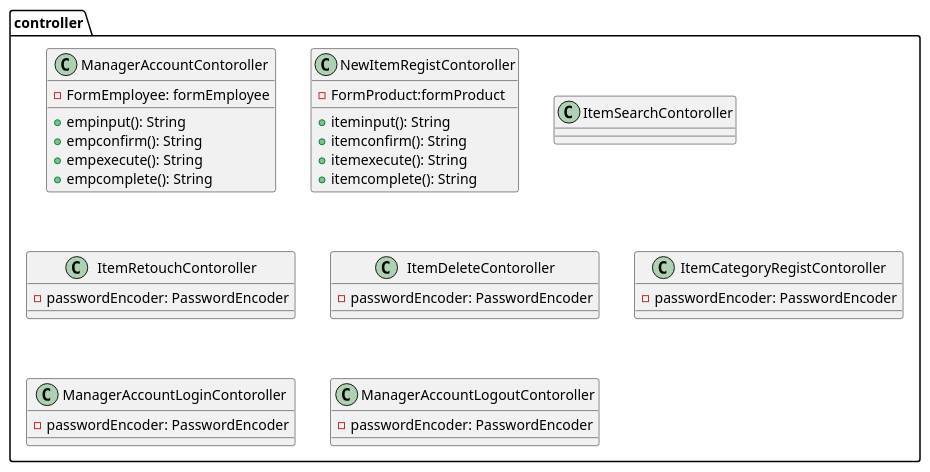
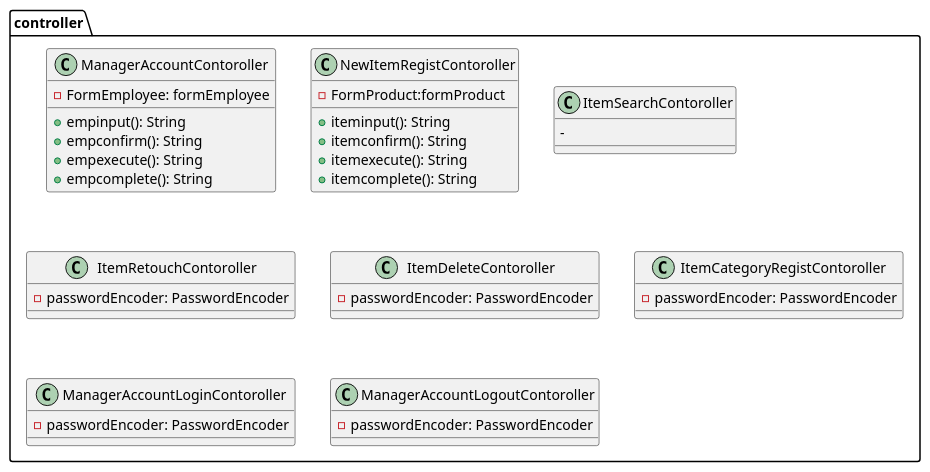
One commit to kanavii3333/ec-b changed the diagram in plan/uml/class/controller.plantuml. Above: the diagram before and after it, drawn with PlantUML. The commit also changed 1 other file, not shown here.

Commit message:
plantuml修正

```diff
--- a/plan/uml/class/controller.plantuml
+++ b/plan/uml/class/controller.plantuml
@@ -1,36 +1,37 @@
 package controller{
     class ManagerAccountContoroller{
         -FormEmployee: formEmployee
         + empinput(): String
         + empconfirm(): String
         + empexecute(): String
         + empcomplete(): String
         
     }
     class NewItemRegistContoroller{
     	- FormProduct:formProduct
         + iteminput(): String
         + itemconfirm(): String
         + itemexecute(): String
         + itemcomplete(): String
     }
     class ItemSearchContoroller{
+    	-
       
         
     }
     class ItemRetouchContoroller{
         -passwordEncoder: PasswordEncoder
     }
     class ItemDeleteContoroller{
         -passwordEncoder: PasswordEncoder
     }
     class ItemCategoryRegistContoroller{
         -passwordEncoder: PasswordEncoder
     }
     class ManagerAccountLoginContoroller{
         -passwordEncoder: PasswordEncoder
     }
     class ManagerAccountLogoutContoroller{
         -passwordEncoder: PasswordEncoder
     }
 }
```
